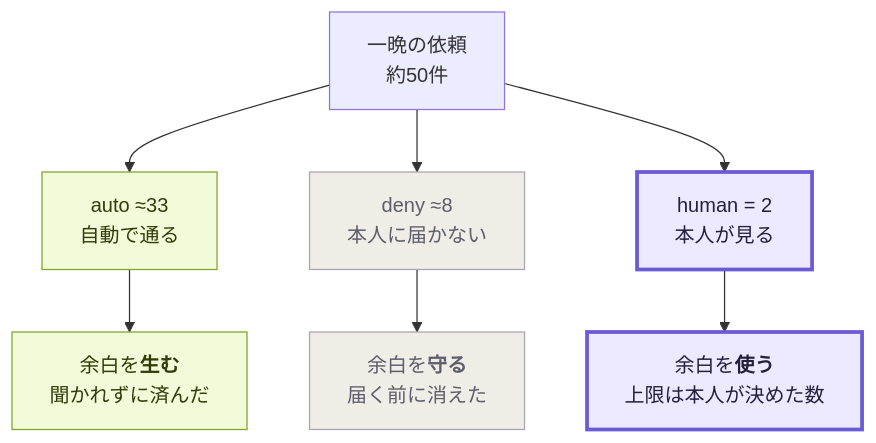
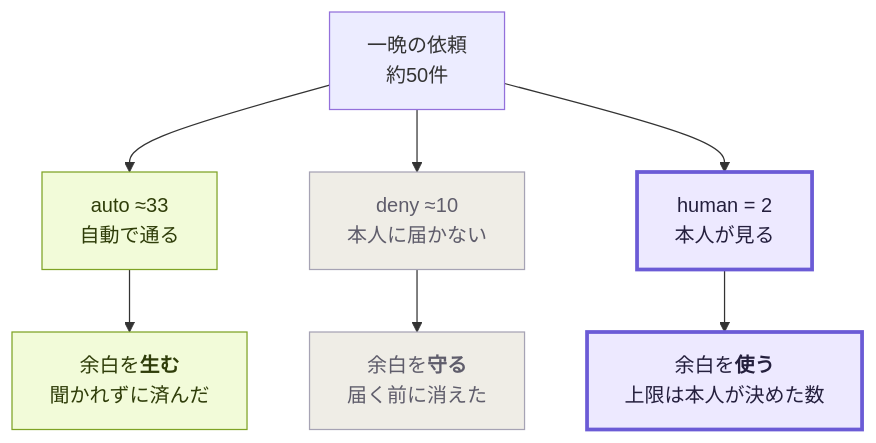
One commit to kou-uni/ethglobal-tokyo2026-uni changed the third of 16 diagrams in docs/product/STORY.md. Above: the diagram before and after it, drawn with Mermaid. The commit also changed other lines of this file and 19 other files, not shown here.

````diff
--- a/docs/product/STORY.md
+++ b/docs/product/STORY.md
@@ -52,16 +52,16 @@
 ```mermaid
 flowchart TB
   IN["一晩の依頼<br/>約50件"]
   IN --> A["auto ≈33<br/>自動で通る"]
-  IN --> D["deny ≈8<br/>本人に届かない"]
+  IN --> D["deny ≈10<br/>本人に届かない"]
   IN --> H["human = 2<br/>本人が見る"]
   A --> SA["余白を<b>生む</b><br/>聞かれずに済んだ"]
   D --> SD["余白を<b>守る</b><br/>届く前に消えた"]
   H --> SH["余白を<b>使う</b><br/>上限は本人が決めた数"]
   classDef g fill:#F2FBD9,stroke:#7FA326,color:#2F3D09
   classDef r fill:#EFEDE6,stroke:#A6A3B4,color:#5F5D6B
   classDef p fill:#EDE9FF,stroke:#6B5BD6,stroke-width:3px,color:#241f3d
   class A,SA g
   class D,SD r
   class H,SH p
 ```
````
